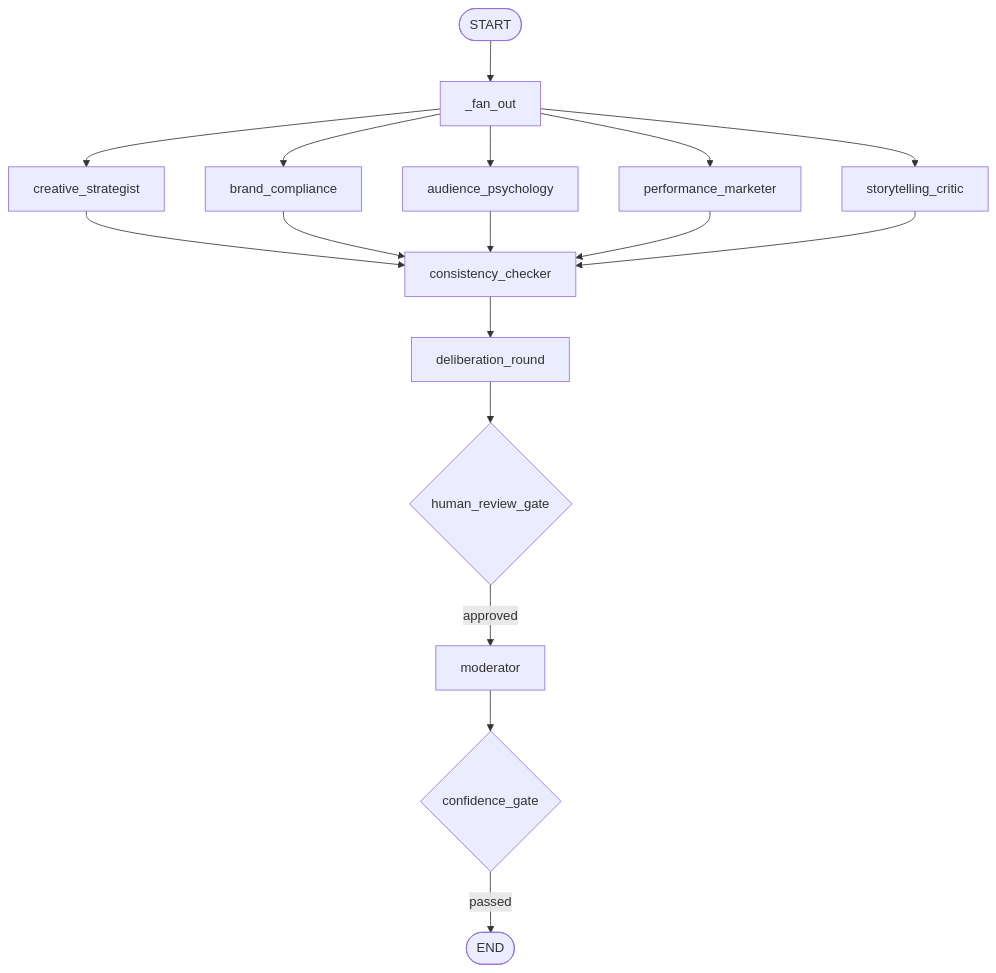
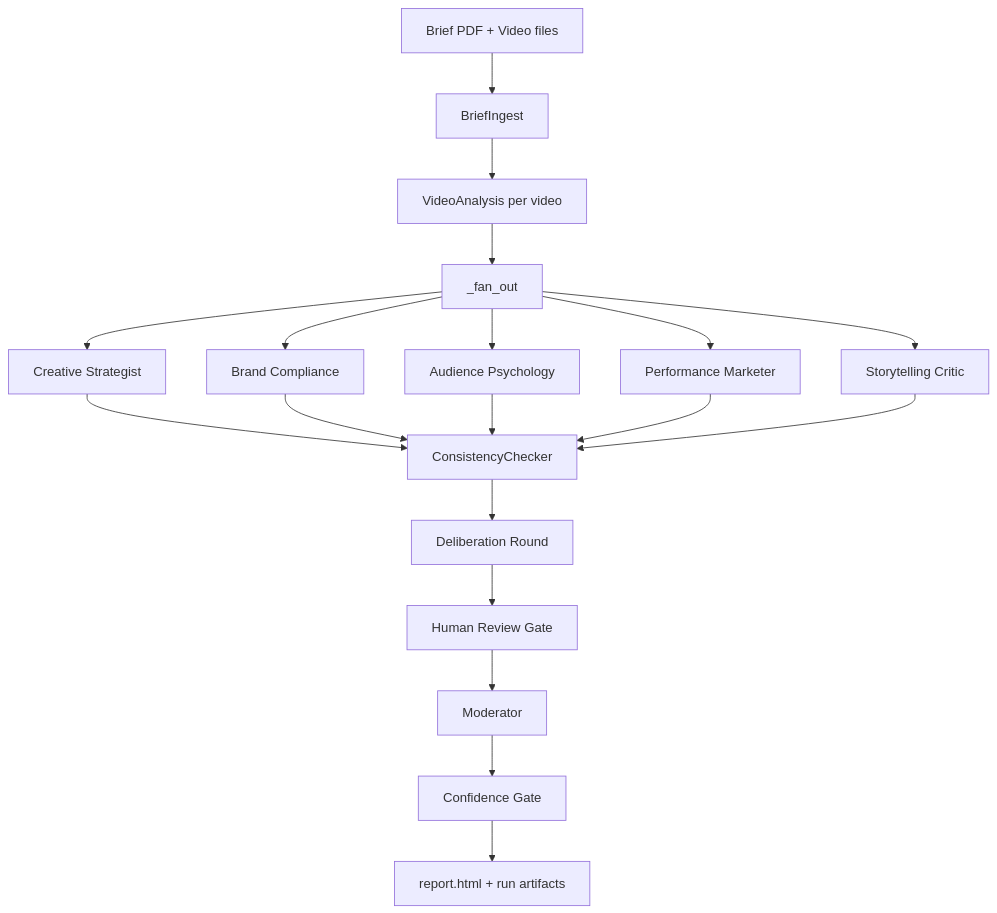
Before and after one commit to sebtosca/utility-swarm: the diagram in README.md, drawn with Mermaid. The commit also changed other lines of this file and 12 other files, not shown here.

````diff
--- a/README.md
+++ b/README.md
@@ -11,15 +39,17 @@
 ```mermaid
 graph TD
-    A([START]) --> B[_fan_out]
-    B --> C[creative_strategist]
-    B --> D[brand_compliance]
-    B --> E[audience_psychology]
-    B --> F[performance_marketer]
-    B --> G[storytelling_critic]
-    C & D & E & F & G --> H[consistency_checker]
-    H --> I[deliberation_round]
-    I --> J{human_review_gate}
-    J -->|approved| K[moderator]
-    K --> L{confidence_gate}
-    L -->|passed| M([END])
+    A[Brief PDF + Video files] --> B[BriefIngest]
+    B --> C[VideoAnalysis per video]
+    C --> D[_fan_out]
+    D --> E[Creative Strategist]
+    D --> F[Brand Compliance]
+    D --> G[Audience Psychology]
+    D --> H[Performance Marketer]
+    D --> I[Storytelling Critic]
+    E & F & G & H & I --> J[ConsistencyChecker]
+    J --> K[Deliberation Round]
+    K --> L[Human Review Gate]
+    L --> M[Moderator]
+    M --> N[Confidence Gate]
+    N --> O[report.html + run artifacts]
 ```
````
